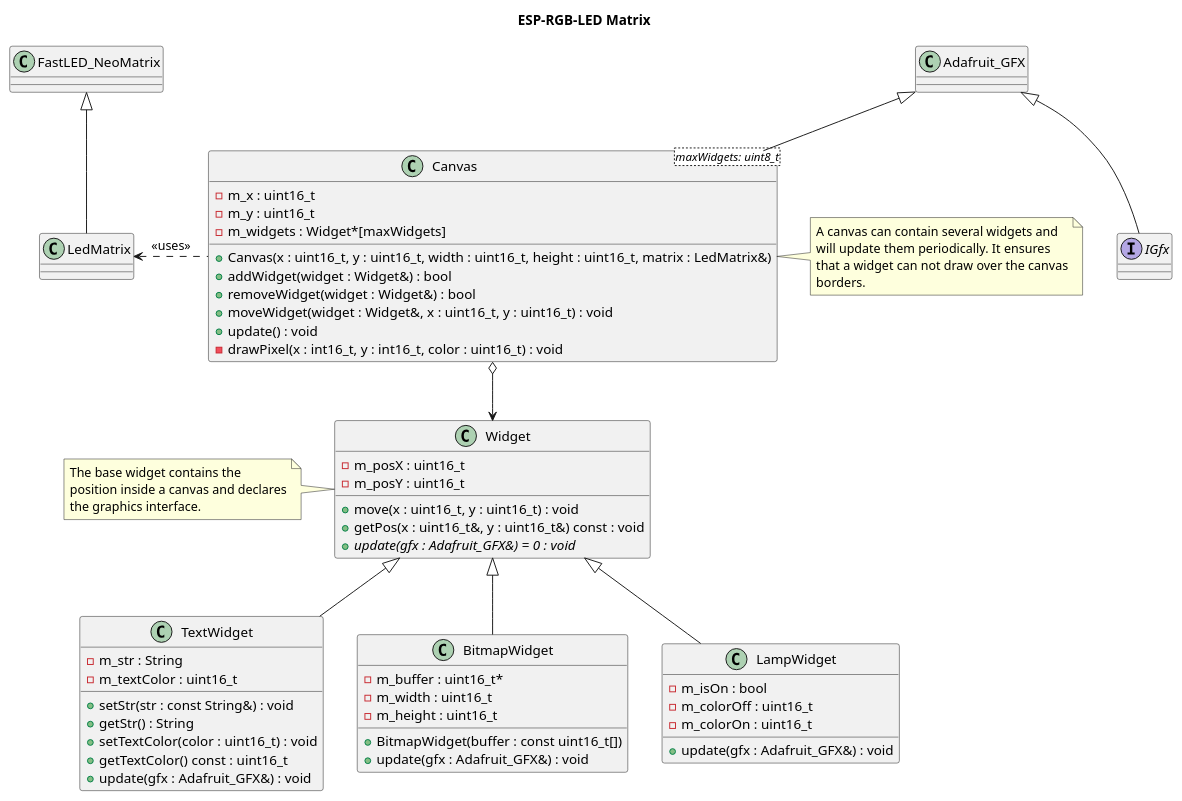
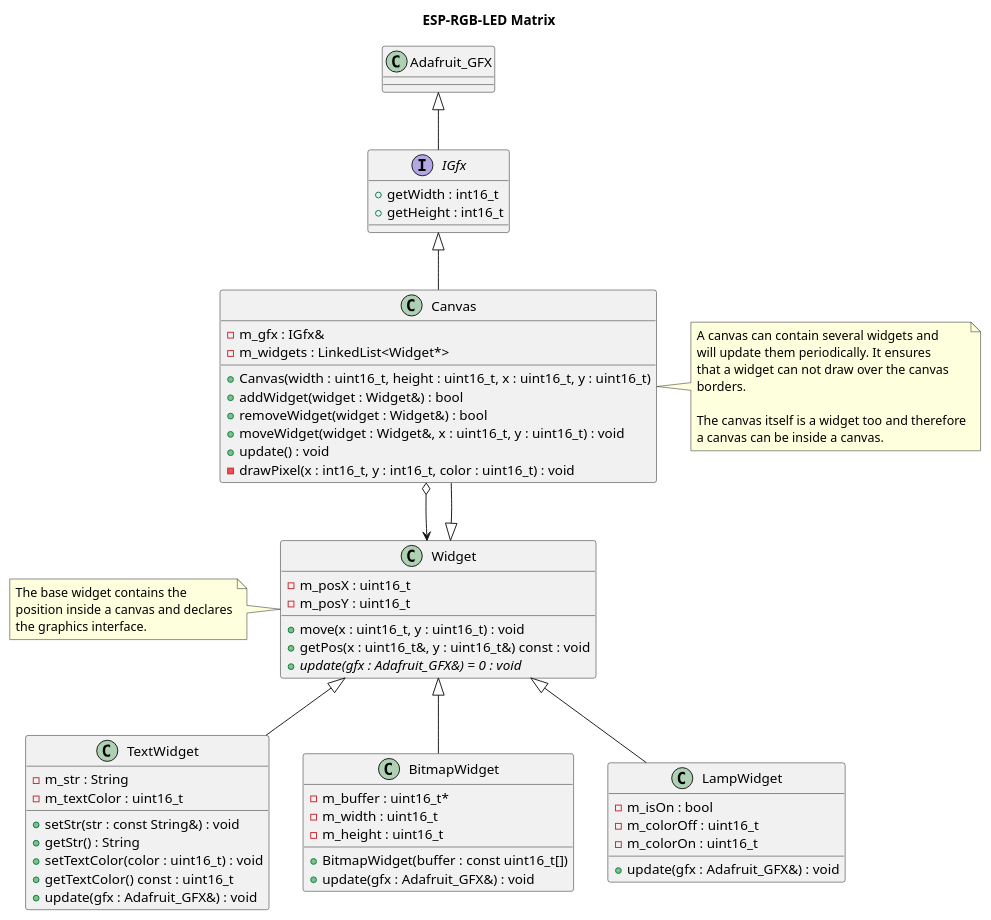
The diagram in doc/design/widgets.plantuml (BlueAndi/Pixelix), drawn with PlantUML before and after one commit. The commit also changed 3 other files, not shown here.

```diff
--- a/doc/design/widgets.plantuml
+++ b/doc/design/widgets.plantuml
@@ -1,83 +1,85 @@
 @startuml
 
 title ESP-RGB-LED Matrix
 
 class Adafruit_GFX
-class FastLED_NeoMatrix
-class LedMatrix
 
-interface IGfx
+interface IGfx {
+
+    + getWidth : int16_t
+    + getHeight : int16_t
+}
 
 Adafruit_GFX <|-- IGfx
 
-FastLED_NeoMatrix <|-- LedMatrix
-
-class Canvas<maxWidgets: uint8_t> {
-    - m_x : uint16_t
-    - m_y : uint16_t
-    - m_widgets : Widget*[maxWidgets]
-    + Canvas(x : uint16_t, y : uint16_t, width : uint16_t, height : uint16_t, matrix : LedMatrix&)
+class Canvas {
+    - m_gfx : IGfx&
+    - m_widgets : LinkedList<Widget*>
+    + Canvas(width : uint16_t, height : uint16_t, x : uint16_t, y : uint16_t)
     + addWidget(widget : Widget&) : bool
     + removeWidget(widget : Widget&) : bool
     + moveWidget(widget : Widget&, x : uint16_t, y : uint16_t) : void
     + update() : void
     - drawPixel(x : int16_t, y : int16_t, color : uint16_t) : void
 }
 
-Adafruit_GFX <|-- Canvas
-Canvas .l.> LedMatrix: <<uses>>
+IGfx <|-- Canvas
+Widget <|-- Canvas
 Canvas o--> Widget
 
 note right of Canvas
     A canvas can contain several widgets and
     will update them periodically. It ensures
     that a widget can not draw over the canvas
     borders.
+
+    The canvas itself is a widget too and therefore
+    a canvas can be inside a canvas.
 end note
 
 class Widget {
     - m_posX : uint16_t
     - m_posY : uint16_t
     + move(x : uint16_t, y : uint16_t) : void
     + getPos(x : uint16_t&, y : uint16_t&) const : void
     + {abstract} update(gfx : Adafruit_GFX&) = 0 : void
 }
 
 note left of Widget
     The base widget contains the
     position inside a canvas and declares
     the graphics interface.
 end note
 
 class TextWidget {
     - m_str : String
     - m_textColor : uint16_t
     + setStr(str : const String&) : void
     + getStr() : String
     + setTextColor(color : uint16_t) : void
     + getTextColor() const : uint16_t
     + update(gfx : Adafruit_GFX&) : void
 }
 
 Widget <|-- TextWidget
 
 class BitmapWidget {
     - m_buffer : uint16_t*
     - m_width : uint16_t
     - m_height : uint16_t
     + BitmapWidget(buffer : const uint16_t[])
     + update(gfx : Adafruit_GFX&) : void
 }
 
 Widget <|-- BitmapWidget
 
 class LampWidget {
     - m_isOn : bool
     - m_colorOff : uint16_t
     - m_colorOn : uint16_t
     + update(gfx : Adafruit_GFX&) : void
 }
 
 Widget <|-- LampWidget
 
 @enduml
```
